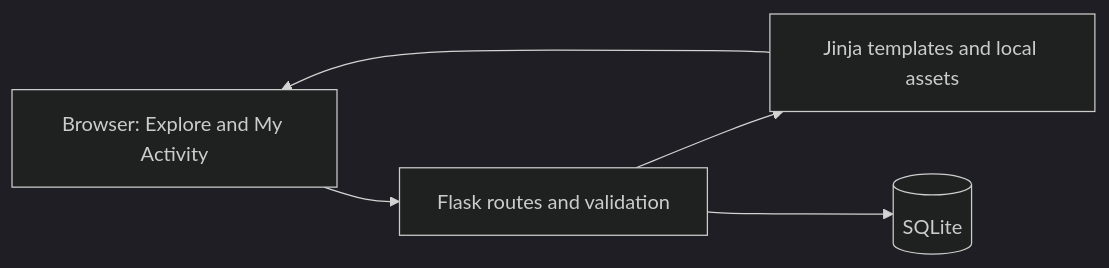
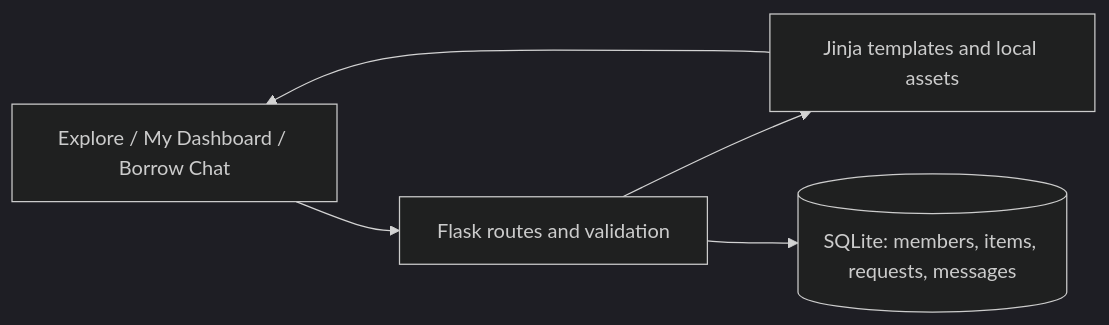
The first of 2 diagrams in docs/DESIGN.md (Amritanshu05/Demandbase), drawn with Mermaid (dark theme) before and after one commit. The commit also changed other lines of this file and 18 other files, not shown here.

````diff
--- a/docs/DESIGN.md
+++ b/docs/DESIGN.md
@@ -7,7 +7,7 @@
 ```mermaid
 flowchart LR
-    Browser[Browser: Explore and My Activity] --> Flask[Flask routes and validation]
+    Browser[Explore / My Dashboard / Borrow Chat] --> Flask[Flask routes and validation]
     Flask --> Jinja[Jinja templates and local assets]
-    Flask --> DB[(SQLite)]
+    Flask --> DB[(SQLite: members, items, requests, messages)]
     Jinja --> Browser
 ```
````
